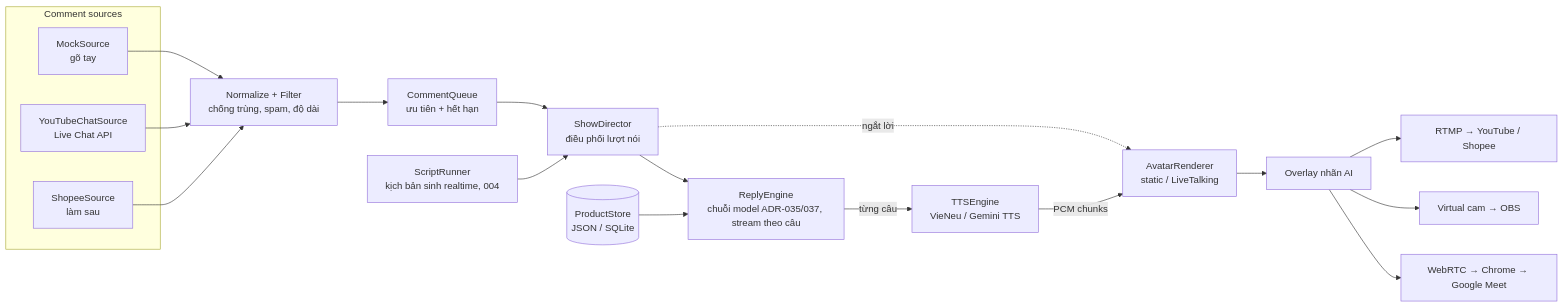
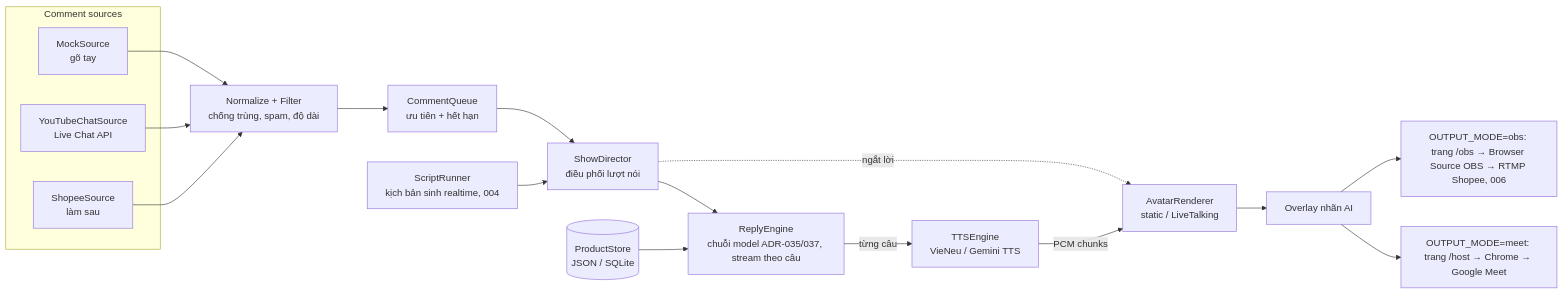
The first of 5 diagrams in docs/ARCHITECTURE.md (quangtruong01234/ai-live-shopee), drawn with Mermaid before and after one commit. The commit also changed other lines of this file and 158 other files, not shown here.

First line of the commit message:
Add OBS output, demo readiness, live scene, mouth shapes and avatar training notebooks

````diff
--- a/docs/ARCHITECTURE.md
+++ b/docs/ARCHITECTURE.md
@@ -8,26 +8,25 @@
 ```mermaid
 flowchart LR
     subgraph SRC[Comment sources]
         M[MockSource<br/>gõ tay]
         Y[YouTubeChatSource<br/>Live Chat API]
         S[ShopeeSource<br/>làm sau]
     end
 
     M --> F
     Y --> F
     S --> F
     F[Normalize + Filter<br/>chống trùng, spam, độ dài] --> Q[CommentQueue<br/>ưu tiên + hết hạn]
 
     Q --> D[ShowDirector<br/>điều phối lượt nói]
     I[ScriptRunner<br/>kịch bản sinh realtime, 004] --> D
     D --> L[ReplyEngine<br/>chuỗi model ADR-035/037, stream theo câu]
     P[(ProductStore<br/>JSON / SQLite)] --> L
     L -- từng câu --> T[TTSEngine<br/>VieNeu / Gemini TTS]
     T -- PCM chunks --> A[AvatarRenderer<br/>static / LiveTalking]
     A --> OV[Overlay nhãn AI]
-    OV --> O1[WebRTC → Chrome → Google Meet]
-    OV --> O2[Virtual cam → OBS]
-    OV --> O3[RTMP → YouTube / Shopee]
+    OV --> O1[OUTPUT_MODE=meet: trang /host → Chrome → Google Meet]
+    OV --> O2[OUTPUT_MODE=obs: trang /obs → Browser Source OBS → RTMP Shopee, 006]
 
     D -. ngắt lời .-> A
 ```
````
